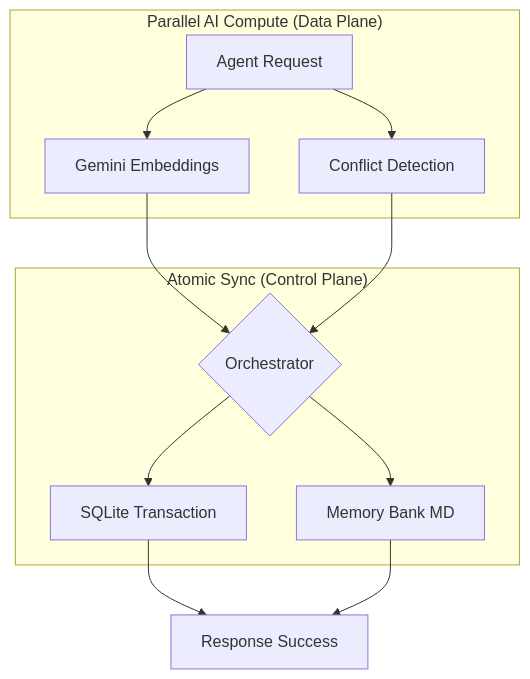
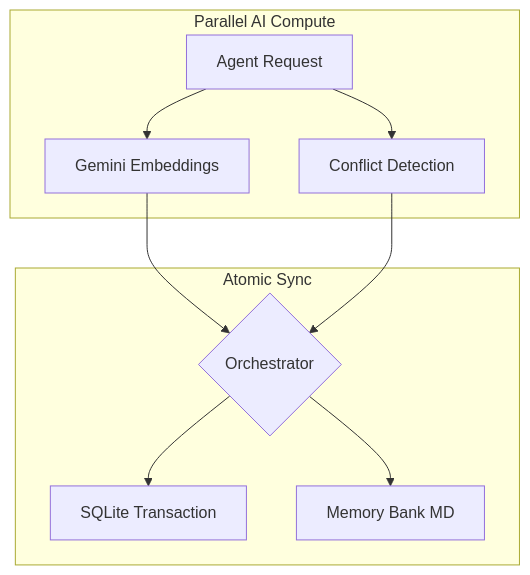
One commit to Ayato-AI-for-Auto/SharedMemoryServer changed the diagram in README.md. Above: the diagram before and after it, drawn with Mermaid. The commit also changed other lines of this file and 113 other files, not shown here.

````diff
--- a/README.md
+++ b/README.md
@@ -34,16 +20,12 @@
 ```mermaid
 graph TD
-    subgraph "Parallel AI Compute (Data Plane)"
+    subgraph "Parallel AI Compute"
         A[Agent Request] --> B1[Gemini Embeddings]
         A --> B2[Conflict Detection]
     end
-
     B1 & B2 --> C{Orchestrator}
-    
-    subgraph "Atomic Sync (Control Plane)"
+    subgraph "Atomic Sync"
         C --> D[SQLite Transaction]
         C --> E[Memory Bank MD]
     end
-    
-    D & E --> H[Response Success]
 ```
````
